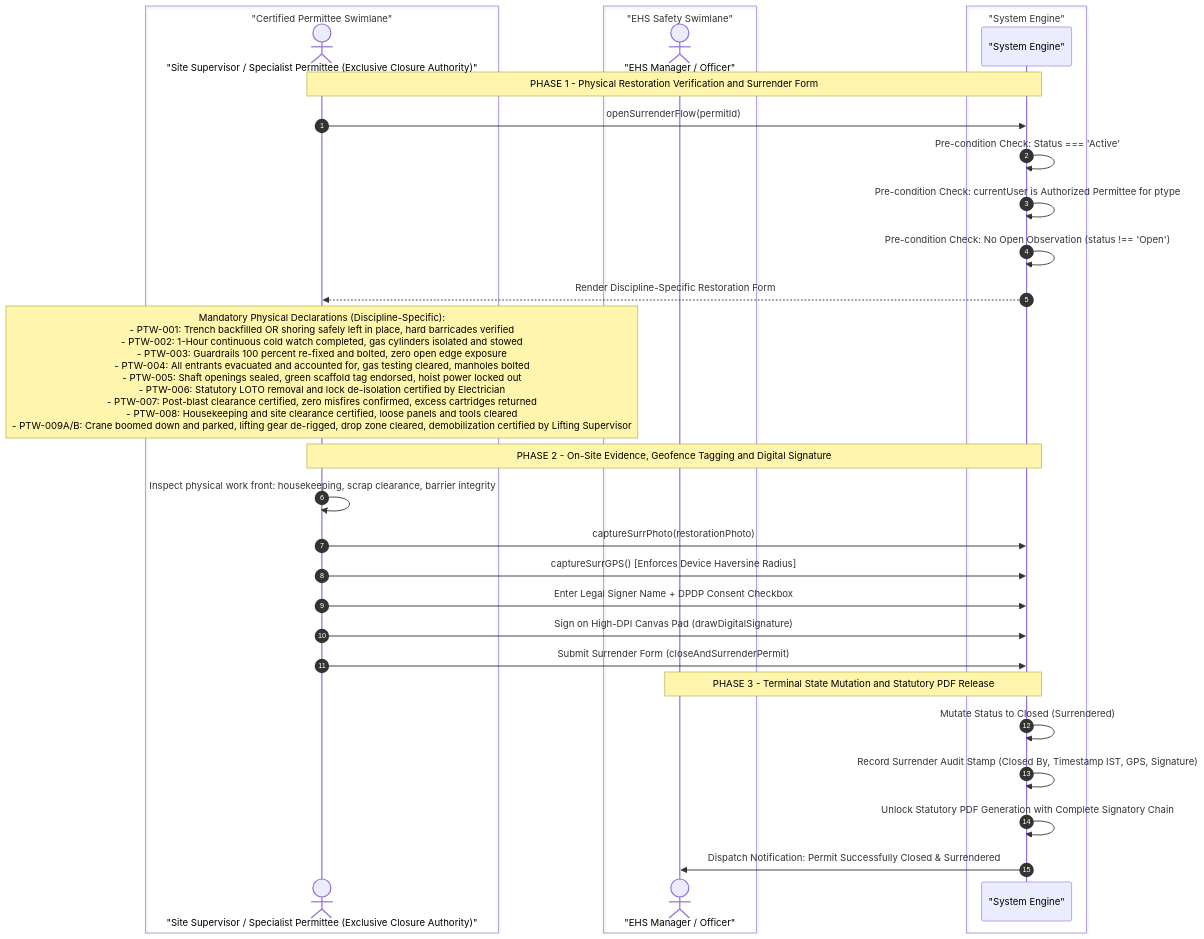
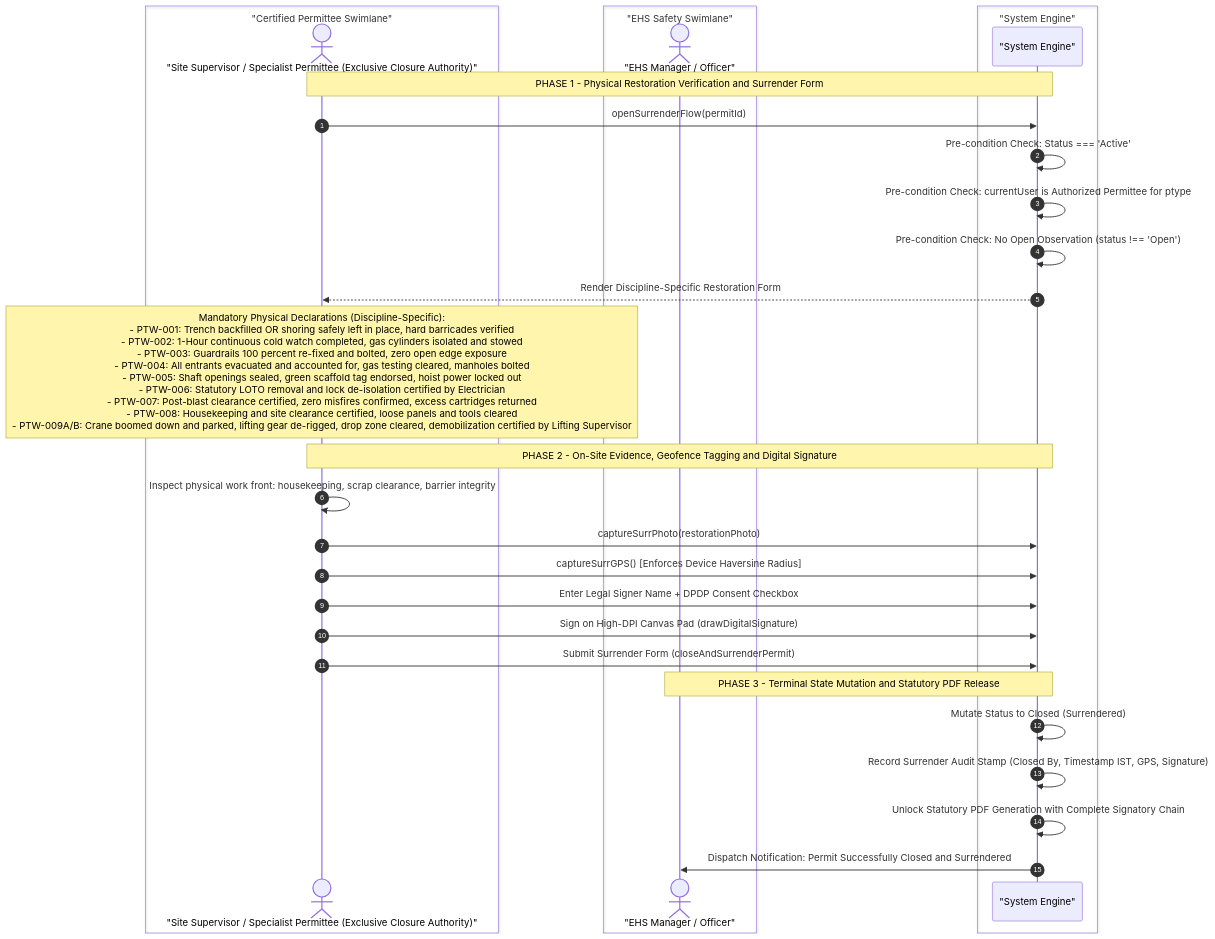
Diagram 36 of 44 in README.md (AuroGroupAutomationBot/ARPL-EHS-Demo), drawn with Mermaid before and after one commit. The commit also changed other lines of this file, not shown here.

````diff
--- a/README.md
+++ b/README.md
@@ -2632,36 +2671,36 @@
 ```mermaid
 sequenceDiagram
     autonumber
     box "Certified Permittee Swimlane"
         actor SS as "Site Supervisor / Specialist Permittee (Exclusive Closure Authority)"
     end
     box "EHS Safety Swimlane"
         actor EHS as "EHS Manager / Officer"
     end
     box "System Engine"
         participant SYS as "System Engine"
     end
 
     Note over SS,SYS: PHASE 1 - Physical Restoration Verification and Surrender Form
     SS->>SYS: openSurrenderFlow(permitId)
     SYS->>SYS: Pre-condition Check: Status === 'Active'
     SYS->>SYS: Pre-condition Check: currentUser is Authorized Permittee for ptype
     SYS->>SYS: Pre-condition Check: No Open Observation (status !== 'Open')
     SYS-->>SS: Render Discipline-Specific Restoration Form
 
     Note over SS: Mandatory Physical Declarations (Discipline-Specific):<br/>- PTW-001: Trench backfilled OR shoring safely left in place, hard barricades verified<br/>- PTW-002: 1-Hour continuous cold watch completed, gas cylinders isolated and stowed<br/>- PTW-003: Guardrails 100 percent re-fixed and bolted, zero open edge exposure<br/>- PTW-004: All entrants evacuated and accounted for, gas testing cleared, manholes bolted<br/>- PTW-005: Shaft openings sealed, green scaffold tag endorsed, hoist power locked out<br/>- PTW-006: Statutory LOTO removal and lock de-isolation certified by Electrician<br/>- PTW-007: Post-blast clearance certified, zero misfires confirmed, excess cartridges returned<br/>- PTW-008: Housekeeping and site clearance certified, loose panels and tools cleared<br/>- PTW-009A/B: Crane boomed down and parked, lifting gear de-rigged, drop zone cleared, demobilization certified by Lifting Supervisor
 
     Note over SS,SYS: PHASE 2 - On-Site Evidence, Geofence Tagging and Digital Signature
     SS->>SS: Inspect physical work front: housekeeping, scrap clearance, barrier integrity
     SS->>SYS: captureSurrPhoto(restorationPhoto)
     SS->>SYS: captureSurrGPS() [Enforces Device Haversine Radius]
     SS->>SYS: Enter Legal Signer Name + DPDP Consent Checkbox
     SS->>SYS: Sign on High-DPI Canvas Pad (drawDigitalSignature)
     SS->>SYS: Submit Surrender Form (closeAndSurrenderPermit)
 
     Note over SYS,EHS: PHASE 3 - Terminal State Mutation and Statutory PDF Release
     SYS->>SYS: Mutate Status to Closed (Surrendered)
     SYS->>SYS: Record Surrender Audit Stamp (Closed By, Timestamp IST, GPS, Signature)
     SYS->>SYS: Unlock Statutory PDF Generation with Complete Signatory Chain
-    SYS->>EHS: Dispatch Notification: Permit Successfully Closed & Surrendered
+    SYS->>EHS: Dispatch Notification: Permit Successfully Closed and Surrendered
 ```
````
